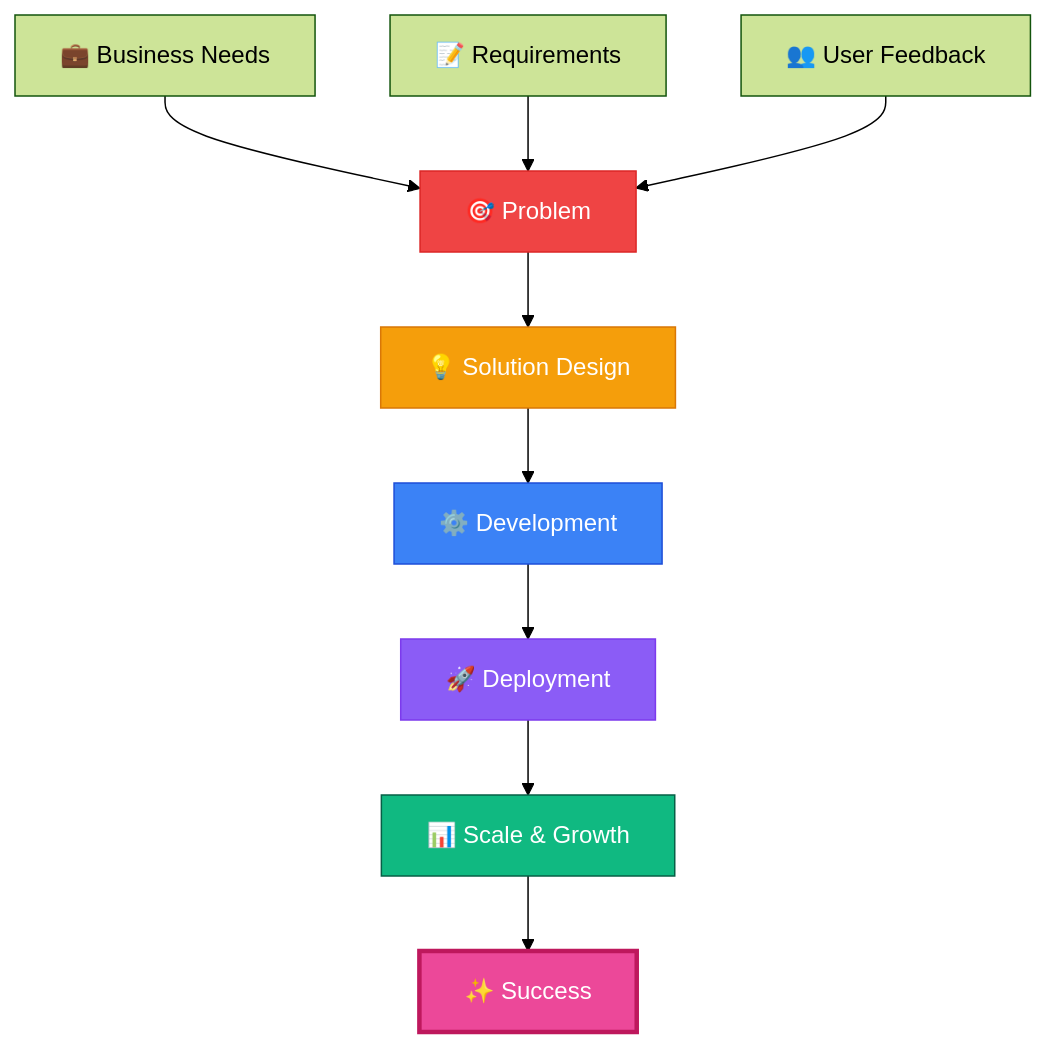
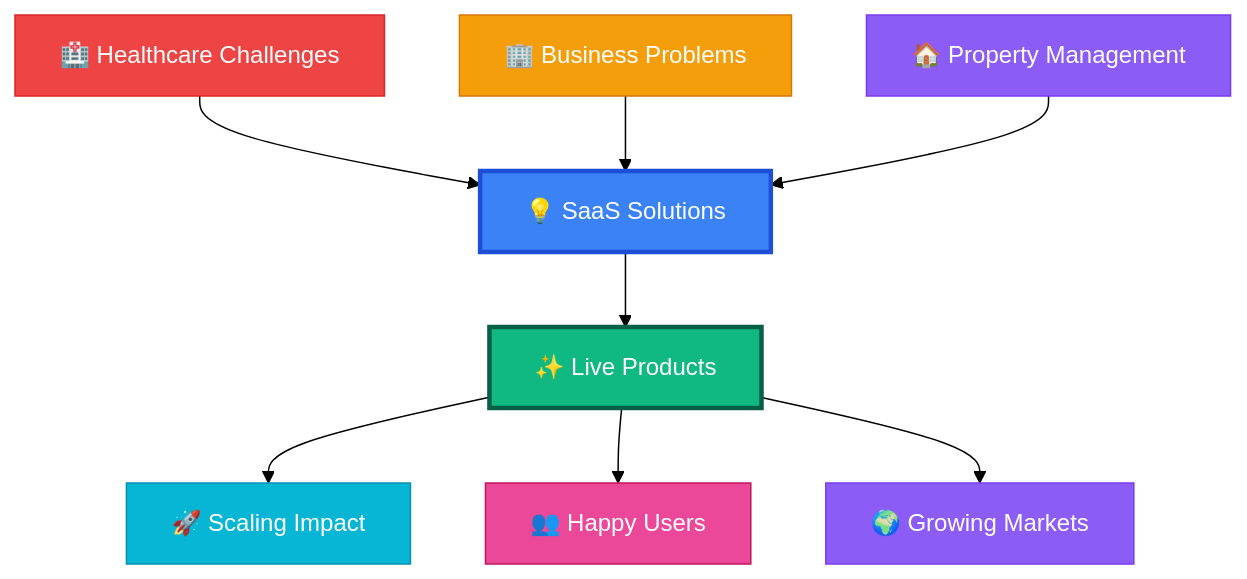
One commit to Husein-Abdi/Husein-Abdi changed the diagram in README.md. Above: the diagram before and after it, drawn with Mermaid (forest theme).

Commit message:
`update read me`

````diff
--- a/README.md
+++ b/README.md
@@ -57,20 +57,20 @@
 ```mermaid
 graph TD
-    A[🎯 Problem] --> B[💡 Solution Design]
-    B --> C[⚙️ Development]
-    C --> D[🚀 Deployment]
-    D --> E[📊 Scale & Growth]
+    A[🏥 Healthcare Challenges] --> D[💡 SaaS Solutions]
+    B[🏢 Business Problems] --> D
+    C[🏠 Property Management] --> D
     
-    F[💼 Business Needs] --> A
-    G[📝 Requirements] --> A
-    H[👥 User Feedback] --> A
-    
-    E --> I[✨ Success]
+    D --> E[✨ Live Products]
+    E --> F[🚀 Scaling Impact]
+    E --> G[👥 Happy Users]
+    E --> H[🌍 Growing Markets]
     
     style A fill:#EF4444,stroke:#DC2626,color:#fff
     style B fill:#F59E0B,stroke:#D97706,color:#fff
-    style C fill:#3B82F6,stroke:#1D4ED8,color:#fff
-    style D fill:#8B5CF6,stroke:#7C3AED,color:#fff
-    style E fill:#10B981,stroke:#065F46,color:#fff
-    style I fill:#EC4899,stroke:#BE185D,color:#fff,stroke-width:3px
+    style C fill:#8B5CF6,stroke:#7C3AED,color:#fff
+    style D fill:#3B82F6,stroke:#1D4ED8,color:#fff,stroke-width:3px
+    style E fill:#10B981,stroke:#065F46,color:#fff,stroke-width:3px
+    style F fill:#06B6D4,stroke:#0891B2,color:#fff
+    style G fill:#EC4899,stroke:#BE185D,color:#fff
+    style H fill:#8B5CF6,stroke:#7C3AED,color:#fff
 ```
````
